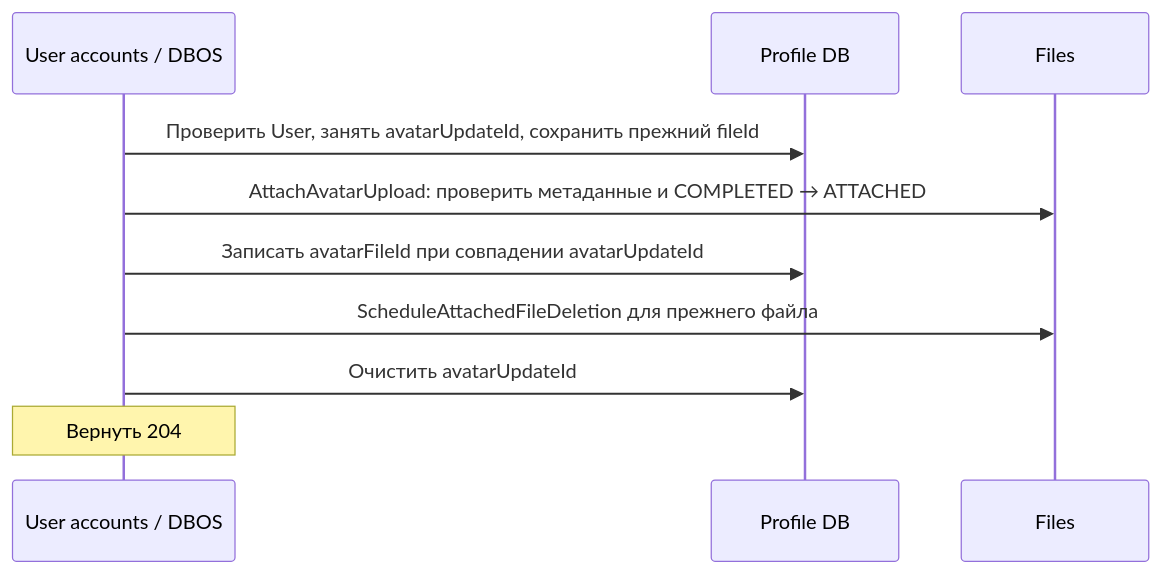
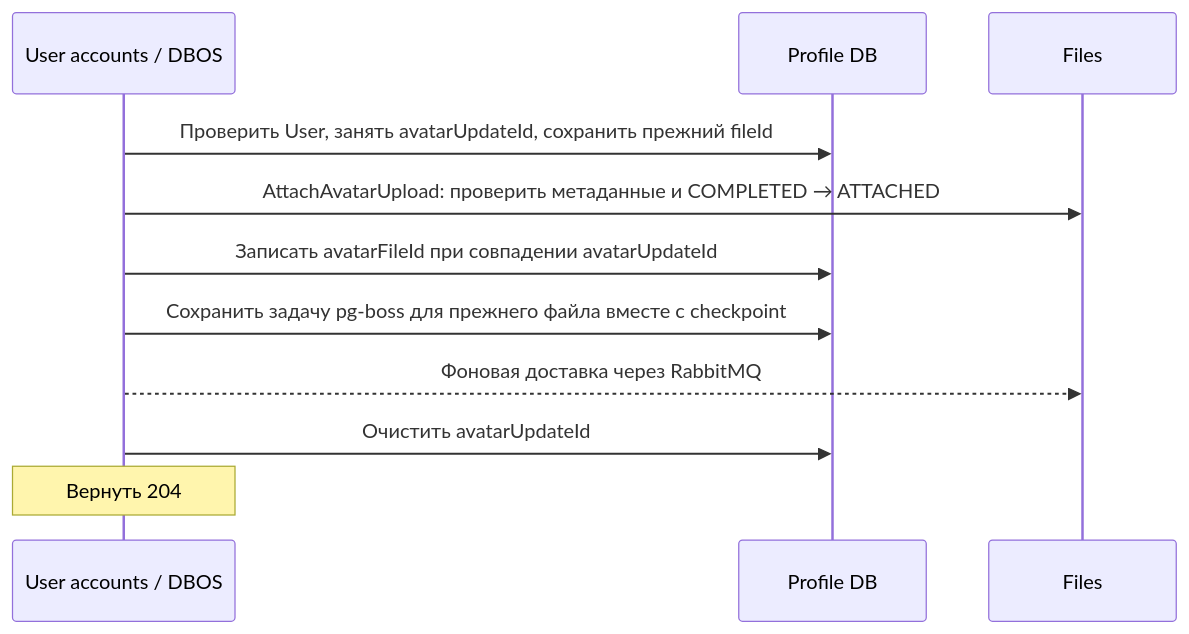
Before and after one commit to Inctargam/remarkgram-backend: the diagram in docs/architecture/set-avatar.md, drawn with Mermaid. The commit also changed other lines of this file and 1 other file, not shown here.

Commit message:
docs(avatar): explain pg-boss delivery and recovery

````diff
--- a/docs/architecture/set-avatar.md
+++ b/docs/architecture/set-avatar.md
@@ -51,12 +51,13 @@
 ```mermaid
 sequenceDiagram
     participant UA as User accounts / DBOS
     participant Profile as Profile DB
     participant Files as Files
     UA->>Profile: Проверить User, занять avatarUpdateId, сохранить прежний fileId
     UA->>Files: AttachAvatarUpload: проверить метаданные и COMPLETED → ATTACHED
     UA->>Profile: Записать avatarFileId при совпадении avatarUpdateId
-    UA->>Files: ScheduleAttachedFileDeletion для прежнего файла
+    UA->>Profile: Сохранить задачу pg-boss для прежнего файла вместе с checkpoint
+    UA-->>Files: Фоновая доставка через RabbitMQ
     UA->>Profile: Очистить avatarUpdateId
     Note over UA: Вернуть 204
 ```
````
